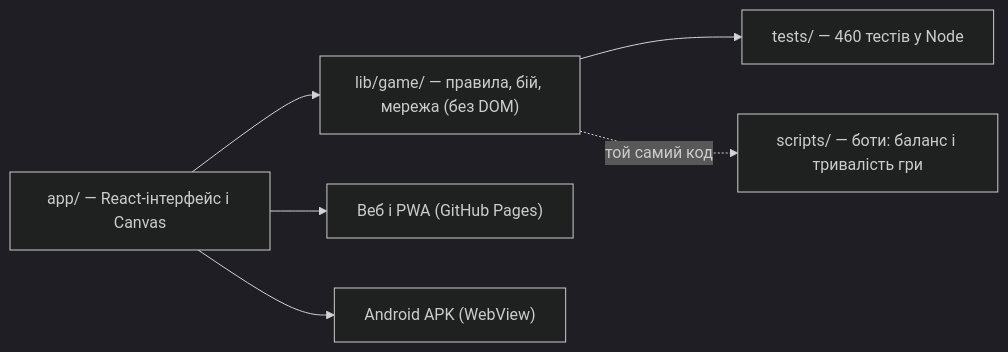
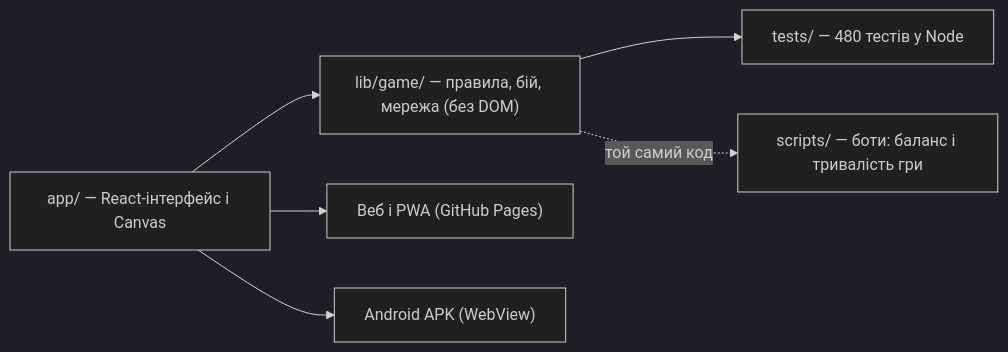
One commit to valera99686/osbb-end-of-world changed the first of 2 diagrams in README.md. Above: the diagram before and after it, drawn with Mermaid (dark theme). The commit also changed other lines of this file and 57 other files, not shown here.

````diff
--- a/README.md
+++ b/README.md
@@ -195,8 +195,8 @@
 ```mermaid
 flowchart LR
   UI["app/ — React-інтерфейс і Canvas"] --> Core["lib/game/ — правила, бій, мережа (без DOM)"]
-  Core --> Tests["tests/ — 460 тестів у Node"]
+  Core --> Tests["tests/ — 480 тестів у Node"]
   Core -. "той самий код" .-> Bots["scripts/ — боти: баланс і тривалість гри"]
   UI --> Web["Веб і PWA (GitHub Pages)"]
   UI --> APK["Android APK (WebView)"]
 ```
````
